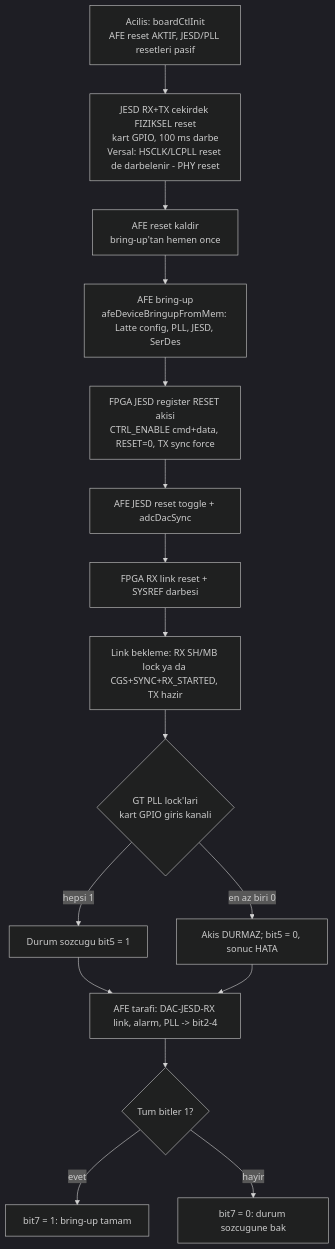
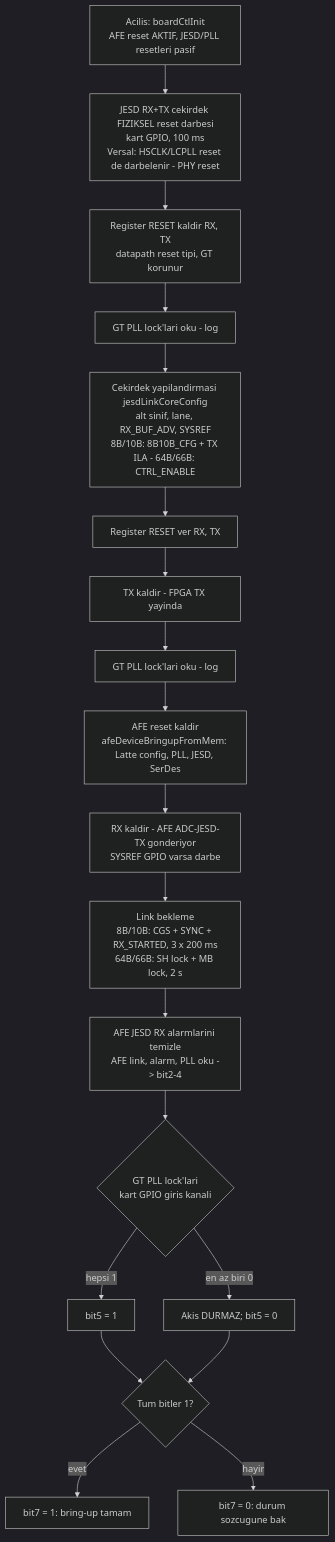
The diagram in docs/afe7900_saha_testi.md (PashaBuilds/Spec2Code), drawn with Mermaid (dark theme) before and after one commit. The commit also changed other lines of this file and 16 other files, not shown here.

Commit message:
JESD bring-up sirket akisiyla esitlendi (jesdLinkCoreConfig/SetCore, datapath reset, TX once - AFE - RX sonra, lock loglari, AFE alarm temizleme); board_control.afe_count; Test Bench JESD/AFE ilklendirme karti; CIT rapor karar sutunu; flash 100 MiB (v0.1.248)

````diff
--- a/docs/afe7900_saha_testi.md
+++ b/docs/afe7900_saha_testi.md
@@ -42,18 +42,21 @@
 ```mermaid
 flowchart TD
-    A[Acilis: boardCtlInit<br/>AFE reset AKTIF, JESD/PLL resetleri pasif] --> B[JESD RX+TX cekirdek FIZIKSEL reset<br/>kart GPIO, 100 ms darbe<br/>Versal: HSCLK/LCPLL reset de darbelenir - PHY reset]
-    B --> C[AFE reset kaldir<br/>bring-up'tan hemen once]
-    C --> D[AFE bring-up<br/>afeDeviceBringupFromMem: Latte config, PLL, JESD, SerDes]
-    D --> E[FPGA JESD register RESET akisi<br/>CTRL_ENABLE cmd+data, RESET=0, TX sync force]
-    E --> F[AFE JESD reset toggle + adcDacSync]
-    F --> G[FPGA RX link reset + SYSREF darbesi]
-    G --> H[Link bekleme: RX SH/MB lock ya da CGS+SYNC+RX_STARTED, TX hazir]
-    H --> I{GT PLL lock'lari<br/>kart GPIO giris kanali}
-    I -- hepsi 1 --> J[Durum sozcugu bit5 = 1]
-    I -- en az biri 0 --> K[Akis DURMAZ; bit5 = 0, sonuc HATA]
-    J --> L[AFE tarafi: DAC-JESD-RX link, alarm, PLL -> bit2-4]
-    K --> L
-    L --> M{Tum bitler 1?}
-    M -- evet --> N[bit7 = 1: bring-up tamam]
-    M -- hayir --> O[bit7 = 0: durum sozcugune bak]
+    A[Acilis: boardCtlInit<br/>AFE reset AKTIF, JESD/PLL resetleri pasif] --> B[JESD RX+TX cekirdek FIZIKSEL reset darbesi<br/>kart GPIO, 100 ms<br/>Versal: HSCLK/LCPLL reset de darbelenir - PHY reset]
+    B --> C[Register RESET kaldir RX, TX<br/>datapath reset tipi, GT korunur]
+    C --> D[GT PLL lock'lari oku - log]
+    D --> E[Cekirdek yapilandirmasi jesdLinkCoreConfig<br/>alt sinif, lane, RX_BUF_ADV, SYSREF<br/>8B/10B: 8B10B_CFG + TX ILA - 64B/66B: CTRL_ENABLE]
+    E --> F[Register RESET ver RX, TX]
+    F --> G[TX kaldir - FPGA TX yayinda]
+    G --> H[GT PLL lock'lari oku - log]
+    H --> I[AFE reset kaldir<br/>afeDeviceBringupFromMem: Latte config, PLL, JESD, SerDes]
+    I --> J[RX kaldir - AFE ADC-JESD-TX gonderiyor<br/>SYSREF GPIO varsa darbe]
+    J --> K[Link bekleme<br/>8B/10B: CGS + SYNC + RX_STARTED, 3 x 200 ms<br/>64B/66B: SH lock + MB lock, 2 s]
+    K --> L[AFE JESD RX alarmlarini temizle<br/>AFE link, alarm, PLL oku -> bit2-4]
+    L --> M{GT PLL lock'lari<br/>kart GPIO giris kanali}
+    M -- hepsi 1 --> N[bit5 = 1]
+    M -- en az biri 0 --> O[Akis DURMAZ; bit5 = 0]
+    N --> P{Tum bitler 1?}
+    O --> P
+    P -- evet --> Q[bit7 = 1: bring-up tamam]
+    P -- hayir --> R[bit7 = 0: durum sozcugune bak]
 ```
````
